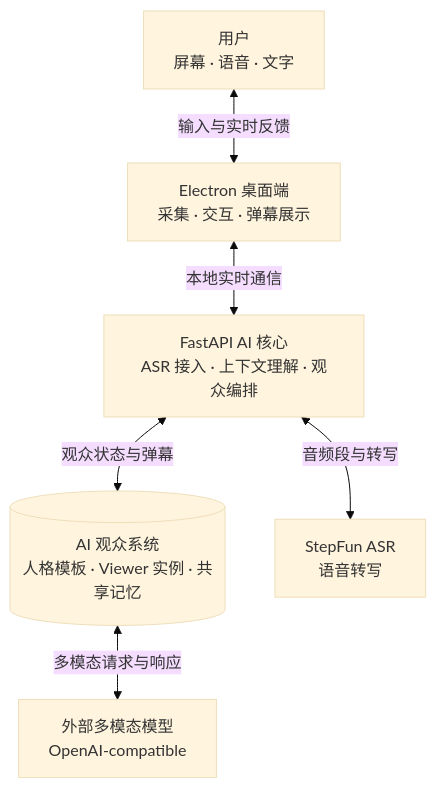
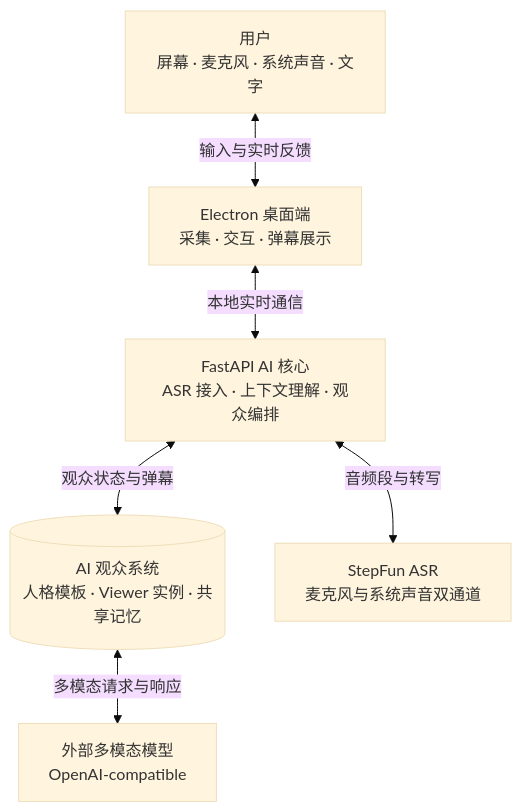
One commit to JunieXD/VibeLive changed the diagram in docs/ARCHITECTURE.md. Above: the diagram before and after it, drawn with Mermaid (base theme). The commit also changed other lines of this file and 56 other files, not shown here.

````diff
--- a/docs/ARCHITECTURE.md
+++ b/docs/ARCHITECTURE.md
@@ -15,15 +15,15 @@
 ```mermaid
 flowchart TB
-    USER["用户<br/>屏幕 · 语音 · 文字"]
+    USER["用户<br/>屏幕 · 麦克风 · 系统声音 · 文字"]
     DESKTOP["Electron 桌面端<br/>采集 · 交互 · 弹幕展示"]
     CORE["FastAPI AI 核心<br/>ASR 接入 · 上下文理解 · 观众编排"]
     AUDIENCE[("AI 观众系统<br/>人格模板 · Viewer 实例 · 共享记忆")]
-    ASR["StepFun ASR<br/>语音转写"]
+    ASR["StepFun ASR<br/>麦克风与系统声音双通道"]
     MODEL["外部多模态模型<br/>OpenAI-compatible"]
 
     USER <-->|"输入与实时反馈"| DESKTOP
     DESKTOP <-->|"本地实时通信"| CORE
     CORE <-->|"音频段与转写"| ASR
     CORE <-->|"观众状态与弹幕"| AUDIENCE
     AUDIENCE <-->|"多模态请求与响应"| MODEL
 ```
````
